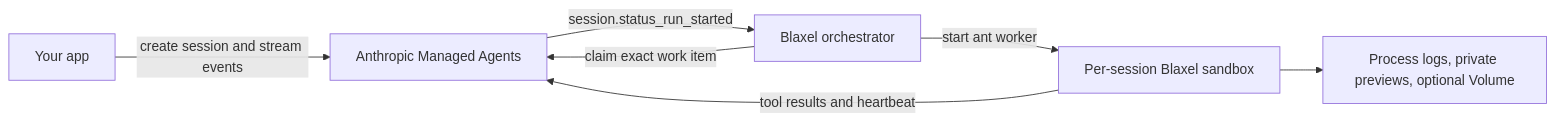
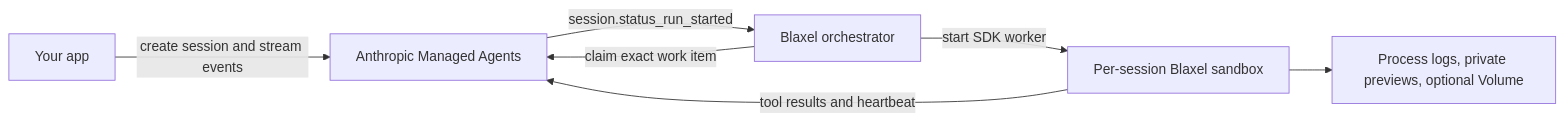
Before and after one commit to blaxel-ai/cma-blaxel-sandbox: the diagram in README.md, drawn with Mermaid. The commit also changed other lines of this file and 44 other files, not shown here.

First line of the commit message:
Add SDK worker and AG-UI managed sessions (#35)

````diff
--- a/README.md
+++ b/README.md
@@ -46,9 +46,9 @@
 ```mermaid
 flowchart LR
     U["Your app"] -->|"create session and stream events"| A["Anthropic Managed Agents"]
     A -->|"session.status_run_started"| O["Blaxel orchestrator"]
     O -->|"claim exact work item"| A
-    O -->|"start ant worker"| W["Per-session Blaxel sandbox"]
+    O -->|"start SDK worker"| W["Per-session Blaxel sandbox"]
     W -->|"tool results and heartbeat"| A
     W --> P["Process logs, private previews, optional Volume"]
 ```
````
